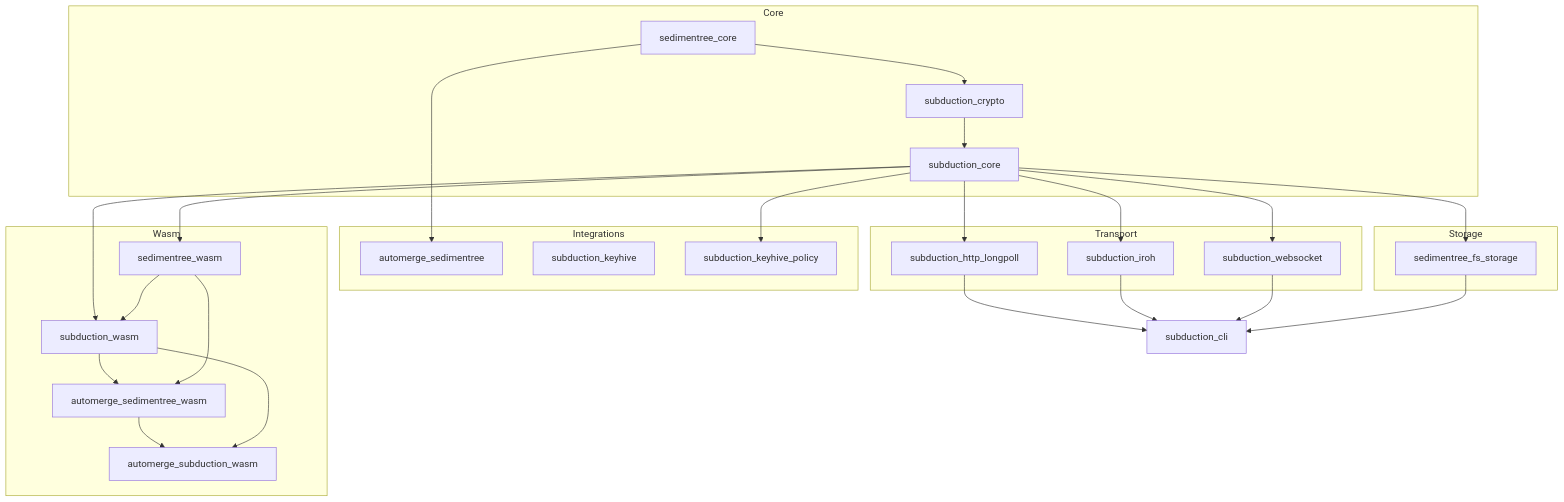
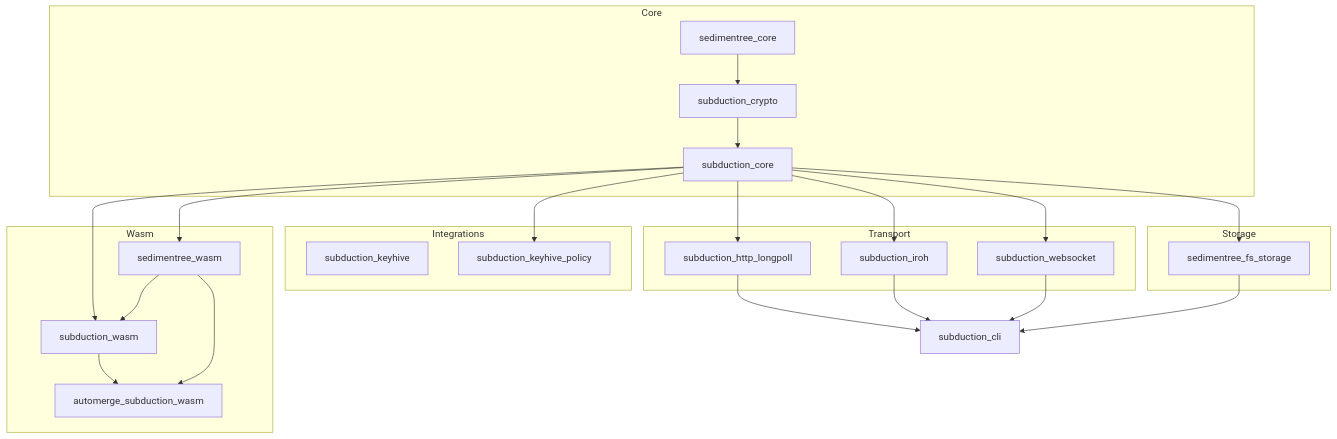
The diagram in README.md (inkandswitch/subduction), drawn with Mermaid before and after one commit. The commit also changed other lines of this file and 54 other files, not shown here.

````diff
--- a/README.md
+++ b/README.md
@@ -29,59 +29,52 @@
 ```mermaid
 graph TD
     subgraph Core
         sedimentree_core
         subduction_crypto
         subduction_core
     end
 
     subgraph Storage
         sedimentree_fs_storage
     end
 
     subgraph Transport
         subduction_http_longpoll
         subduction_iroh
         subduction_websocket
     end
 
     subgraph Integrations
-        automerge_sedimentree
         subduction_keyhive
         subduction_keyhive_policy
     end
 
     subgraph Wasm
         sedimentree_wasm
         subduction_wasm
-        automerge_sedimentree_wasm
         automerge_subduction_wasm
     end
 
     subduction_cli
 
     sedimentree_core --> subduction_crypto
     subduction_crypto --> subduction_core
-
-    sedimentree_core --> automerge_sedimentree
 
     subduction_core --> sedimentree_fs_storage
     subduction_core --> subduction_http_longpoll
     subduction_core --> subduction_iroh
     subduction_core --> subduction_websocket
     subduction_core --> subduction_keyhive_policy
 
     subduction_core --> sedimentree_wasm
     subduction_core --> subduction_wasm
     sedimentree_wasm --> subduction_wasm
 
-    subduction_wasm --> automerge_sedimentree_wasm
-    sedimentree_wasm --> automerge_sedimentree_wasm
-
-    automerge_sedimentree_wasm --> automerge_subduction_wasm
     subduction_wasm --> automerge_subduction_wasm
+    sedimentree_wasm --> automerge_subduction_wasm
 
     subduction_http_longpoll --> subduction_cli
     subduction_iroh --> subduction_cli
     subduction_websocket --> subduction_cli
     sedimentree_fs_storage --> subduction_cli
 ```
````
